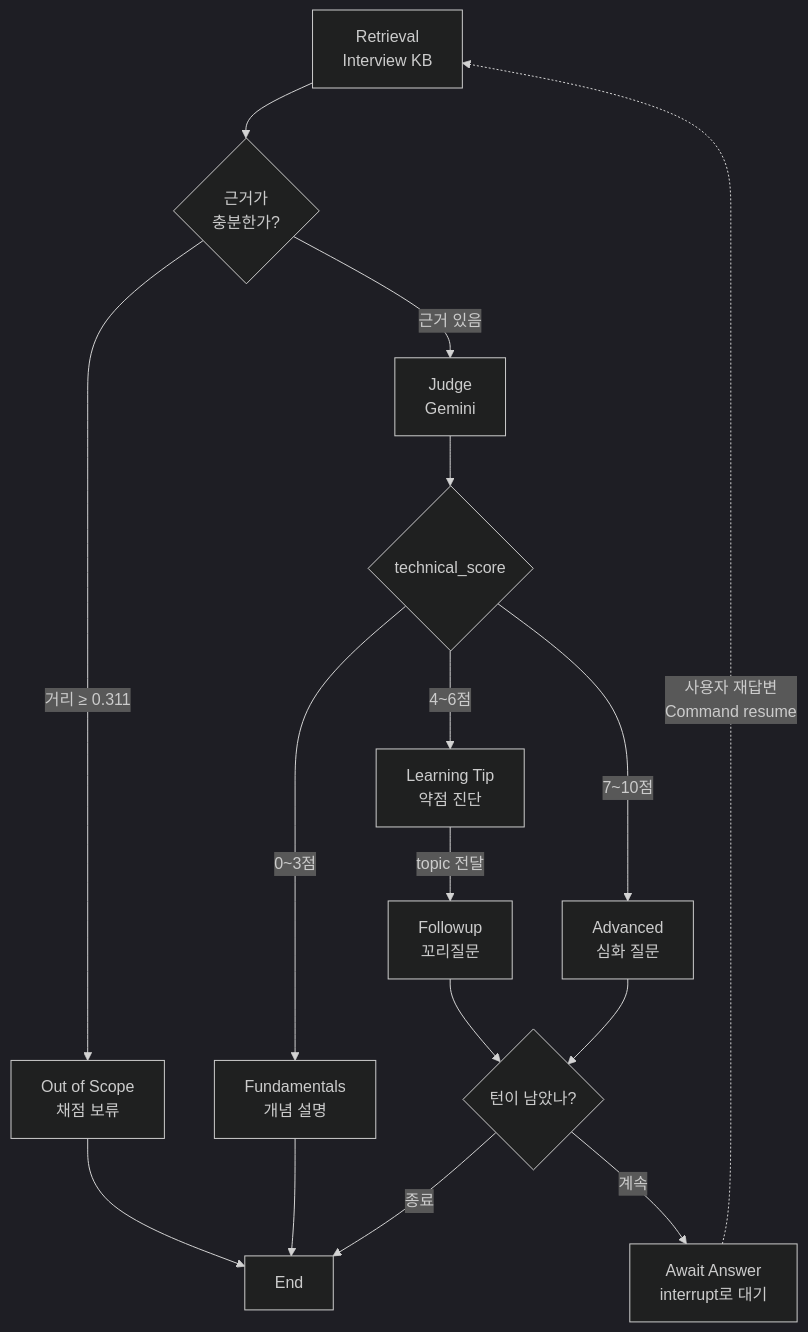
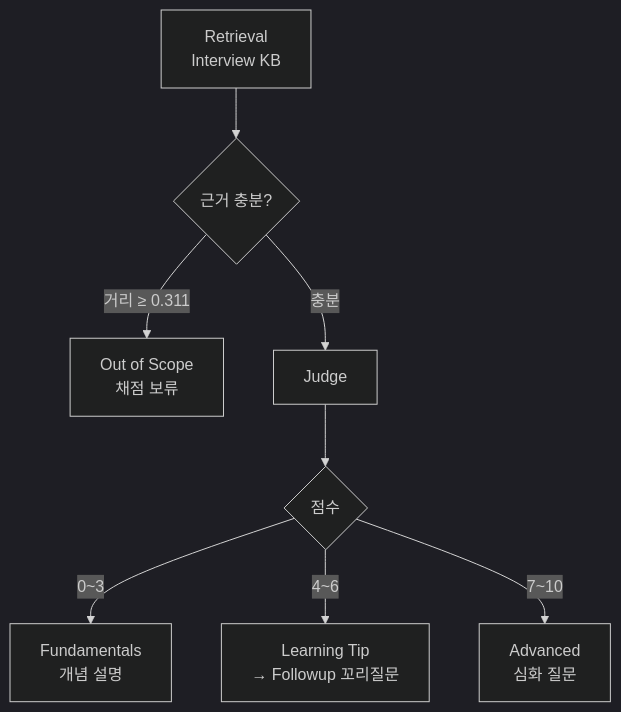
One commit to jiyoung720/ai-interview-coach changed the second of 3 diagrams in README.md. Above: the diagram before and after it, drawn with Mermaid (dark theme). The commit also changed other lines of this file, not shown here.

Commit message:
docs: 아키텍처 다이어그램을 셋으로 나눠 노션 가독성 개선
- Chain B를 채점·분기와 멀티턴 루프로 분리. 한 다이어그램이 너무 커서
  가로로 두면 글씨가 작아지고 세로로 두면 스크롤해야 했다
- 노드 라벨 축약, 누락돼 있던 out_of_scope 분기 추가
- 어느 경로가 루프로 이어지는지는 본문으로 설명

````diff
--- a/README.md
+++ b/README.md
@@ -79,20 +79,9 @@
 ```mermaid
 flowchart TB
-    B1[Retrieval<br/>Interview KB] --> BS{근거가<br/>충분한가?}
+    B1[Retrieval<br/>Interview KB] --> BS{근거 충분?}
     BS -->|"거리 ≥ 0.311"| BX[Out of Scope<br/>채점 보류]
-    BS -->|"근거 있음"| B2[Judge<br/>Gemini]
-    B2 --> BD{technical_score}
-
-    BD -->|"0~3점"| B6[Fundamentals<br/>개념 설명]
-    BD -->|"4~6점"| B3[Learning Tip<br/>약점 진단]
-    BD -->|"7~10점"| B7[Advanced<br/>심화 질문]
-    B3 -->|"topic 전달"| B5[Followup<br/>꼬리질문]
-
-    BX --> B4[End]
-    B6 --> B4
-    B5 --> BC{턴이 남았나?}
-    B7 --> BC
-    BC -->|"종료"| B4
-    BC -->|"계속"| B8[Await Answer<br/>interrupt로 대기]
-    B8 -.->|"사용자 재답변<br/>Command resume"| B1
+    BS -->|"충분"| B2[Judge] --> BD{점수}
+    BD -->|"0~3"| B6[Fundamentals<br/>개념 설명]
+    BD -->|"4~6"| B3[Learning Tip<br/>→ Followup 꼬리질문]
+    BD -->|"7~10"| B7[Advanced<br/>심화 질문]
 ```
````
